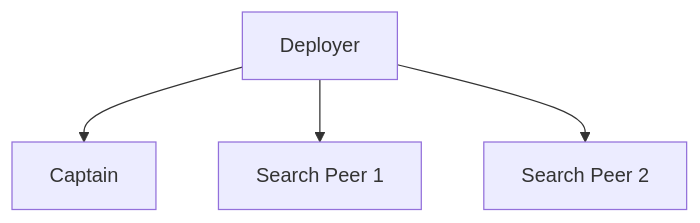
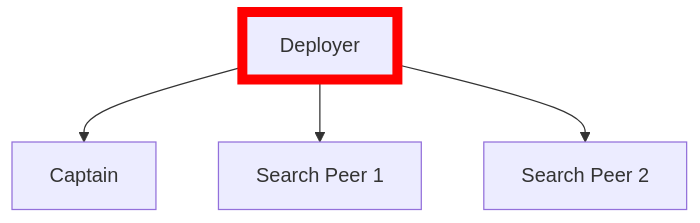
Before and after one commit to schose/usergroup_splunk_containerimage: the fifth of 7 diagrams in marp/slides.md, drawn with Mermaid. The commit also changed other lines of this file and 6 other files, not shown here.

```diff
--- a/marp/slides.md
+++ b/marp/slides.md
@@ -212,6 +225,8 @@
 <div class="mermaid" style="text-align:center">
-graph TD
-    A[Deployer] --> SHD1[Captain]
-    A --> SHD2[Search Peer 1]
-    A --> SHD3[Search Peer 2]
+graph TD;
+    A[Deployer] --> SHD1[Captain];
+    A --> SHD2[Search Peer 1];
+    A --> SHD3[Search Peer 2];
+    %% Apply red border only;
+    style A stroke:#ff0000,stroke-width:8px;
 </div>
```
